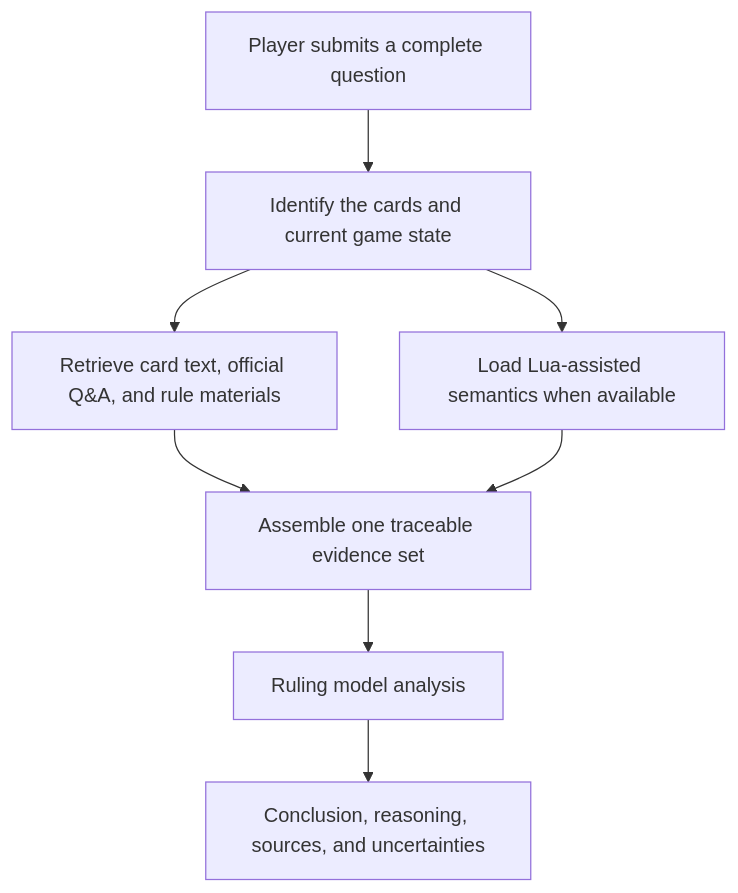
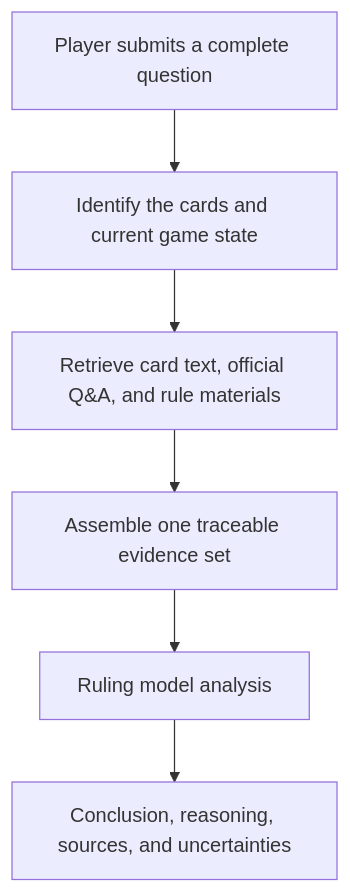
Before and after one commit to coldiceh/ocg-ruling-assistant: the diagram in README.en.md, drawn with Mermaid. The commit also changed other lines of this file and 13 other files, not shown here.

````diff
--- a/README.en.md
+++ b/README.en.md
@@ -20,10 +20,8 @@
 ```mermaid
 flowchart TD
     A["Player submits a complete question"] --> B["Identify the cards and current game state"]
     B --> C["Retrieve card text, official Q&A, and rule materials"]
-    B --> D["Load Lua-assisted semantics when available"]
     C --> E["Assemble one traceable evidence set"]
-    D --> E
     E --> F["Ruling model analysis"]
     F --> G["Conclusion, reasoning, sources, and uncertainties"]
 ```
````
